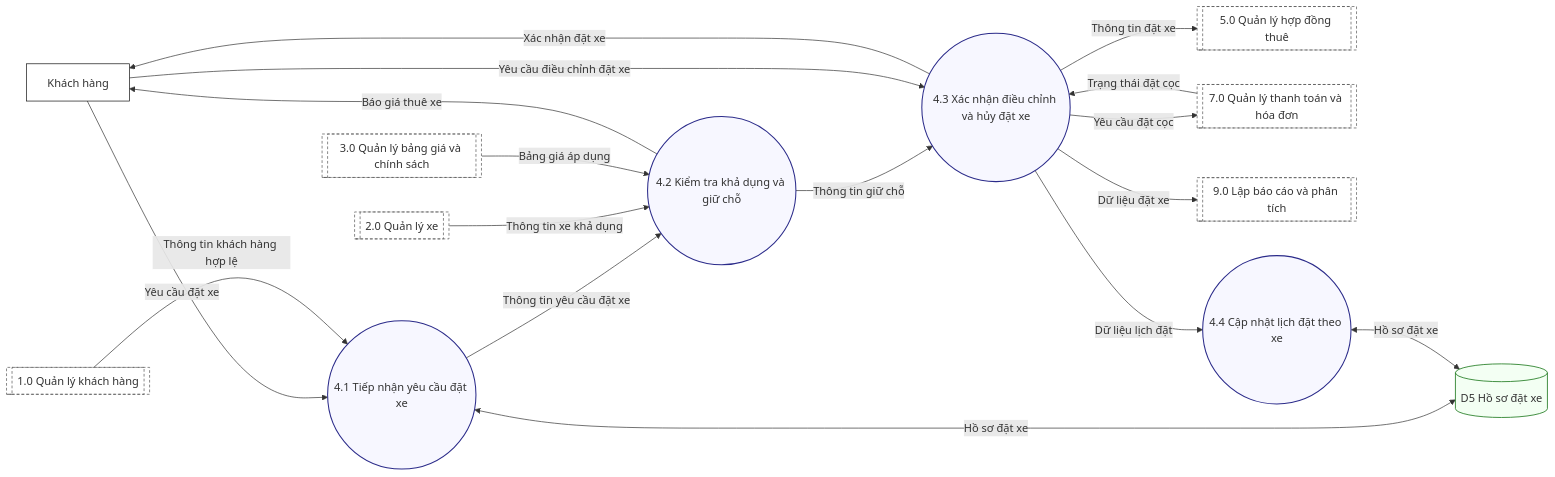
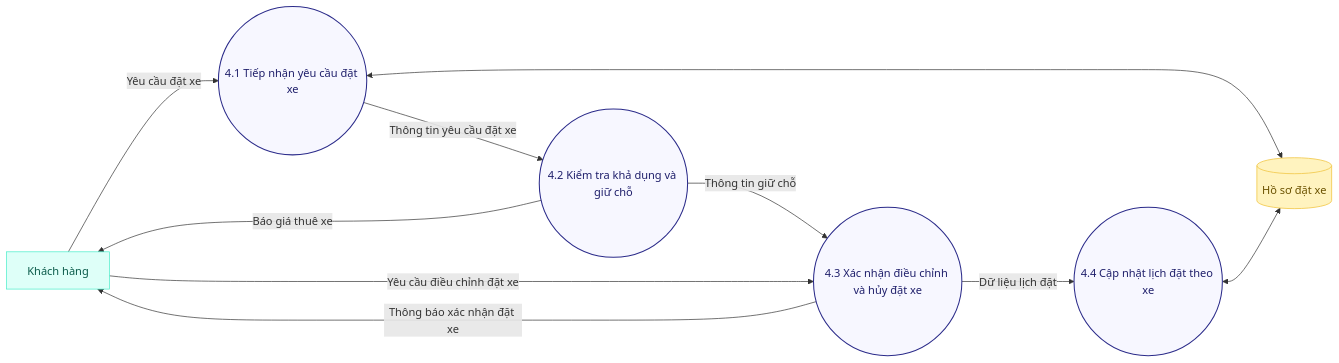
Before and after one commit to TriNguyenThanh/UCar: the diagram in Docs/UML/DFD_4.mmd, drawn with Mermaid. The commit also changed 58 other files, not shown here.

```diff
--- a/Docs/UML/DFD_4.mmd
+++ b/Docs/UML/DFD_4.mmd
@@ -1,41 +1,27 @@
 flowchart LR
-  classDef ext fill:#fff,stroke:#111,stroke-width:1px;
-  classDef proc fill:#f7f7ff,stroke:#2b2b8a,stroke-width:1.5px;
-  classDef store fill:#f3fff3,stroke:#1f7a1f,stroke-width:1.2px;
-  classDef internal fill:#fff,stroke:#555,stroke-width:1px,stroke-dasharray: 4 3;
+  classDef ext fill:#DEFFF8,stroke:#46EDC8,stroke-width:1px,color:#0b5b4a;
+  classDef proc fill:#f7f7ff,stroke:#2b2b8a,stroke-width:1.5px,color:#1f1f6b;
+  classDef store fill:#FFF3BF,stroke:#F2C94C,stroke-width:1.2px,color:#6b5200;
 
   KH[Khách hàng]:::ext
 
-  P1i[[1.0 Quản lý khách hàng]]:::internal
-  P2i[[2.0 Quản lý xe]]:::internal
-  P3i[[3.0 Quản lý bảng giá và chính sách]]:::internal
-  P5i[[5.0 Quản lý hợp đồng thuê]]:::internal
-  P7i[[7.0 Quản lý thanh toán và hóa đơn]]:::internal
-  P9i[[9.0 Lập báo cáo và phân tích]]:::internal
 
-  D5[(D5 Hồ sơ đặt xe)]:::store
+  D5[(Hồ sơ đặt xe)]:::store
 
   P41((4.1 Tiếp nhận yêu cầu đặt xe)):::proc
   P42((4.2 Kiểm tra khả dụng và giữ chỗ)):::proc
   P43((4.3 Xác nhận điều chỉnh và hủy đặt xe)):::proc
   P44((4.4 Cập nhật lịch đặt theo xe)):::proc
 
   KH -->|Yêu cầu đặt xe| P41
-  P1i -->|Thông tin khách hàng hợp lệ| P41
   P41 -->|Thông tin yêu cầu đặt xe| P42
-  P41 <--> |Hồ sơ đặt xe| D5
+  P41 <--> D5
 
-  P2i -->|Thông tin xe khả dụng| P42
-  P3i -->|Bảng giá áp dụng| P42
   P42 -->|Báo giá thuê xe| KH
   P42 -->|Thông tin giữ chỗ| P43
 
-  P7i -->|Trạng thái đặt cọc| P43
   KH -->|Yêu cầu điều chỉnh đặt xe| P43
-  P43 -->|Xác nhận đặt xe| KH
-  P43 -->|Yêu cầu đặt cọc| P7i
-  P43 -->|Thông tin đặt xe| P5i
-  P43 -->|Dữ liệu đặt xe| P9i
+  P43 -->|Thông báo xác nhận đặt xe| KH
 
   P43 -->|Dữ liệu lịch đặt| P44
-  P44 <--> |Hồ sơ đặt xe| D5
+  P44 <--> D5
```
